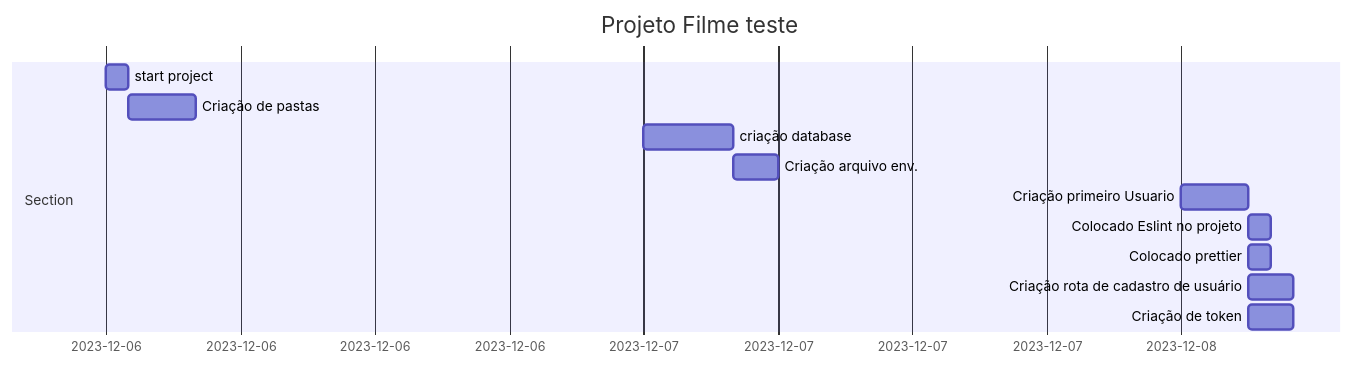
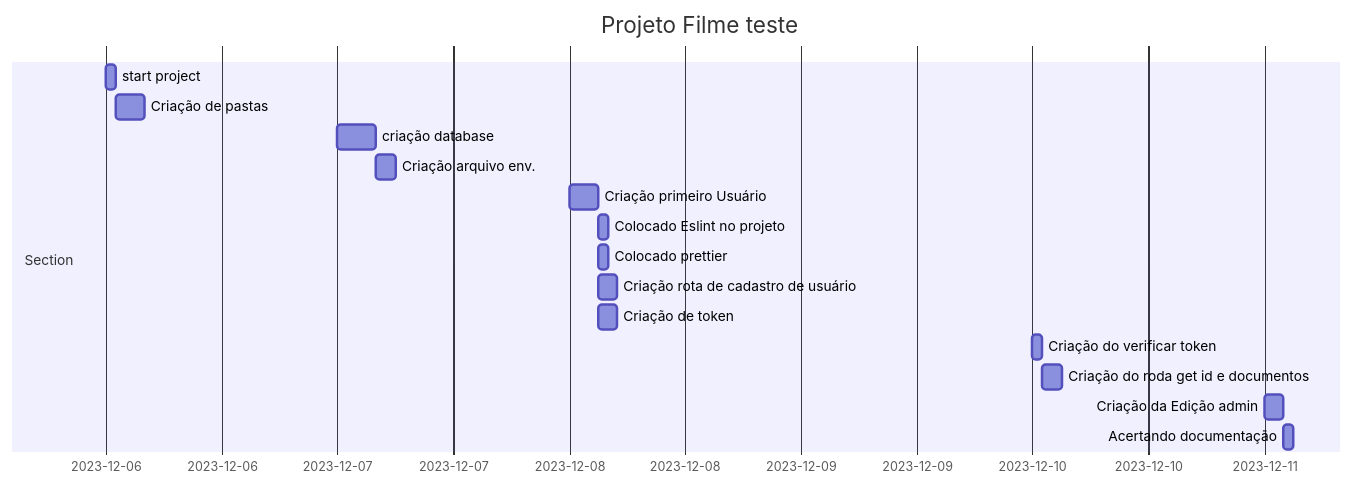
One commit to LeandroMoniz/Projeto_API_Filmes changed the diagram in README.md. Above: the diagram before and after it, drawn with Mermaid. The commit also changed other lines of this file and 1 other file, not shown here.

Commit message:
README : Atualização de documentação

````diff
--- a/README.md
+++ b/README.md
@@ -129,15 +163,19 @@
 ```mermaid
 gantt
     title Projeto Filme teste
 
     section Section
     start project          :a1, 2023-12-06, 1h
     Criação de pastas     :after a1  , 3h
     criação database    :a2, 2023-12-07  , 4h
     Criação arquivo env. :after a2  , 2h
-    Criação primeiro Usuario : a3, 2023-12-08 , 3h
+    Criação primeiro Usuário : a3, 2023-12-08 , 3h
     Colocado Eslint no projeto :  after a3, 1h
     Colocado prettier : after a3, 1h
     Criação rota de cadastro de usuário : after a3, 2h
     Criação de token : after a3 , 2h
+    Criação do verificar token : a4 ,2023-12-10 , 1h
+    Criação do roda get id e documentos : after a4 , 2h
+    Criação da Edição admin : a5, 2023-12-11 , 2h
+    Acertando documentação : after a5 , 1h
 ```
````
